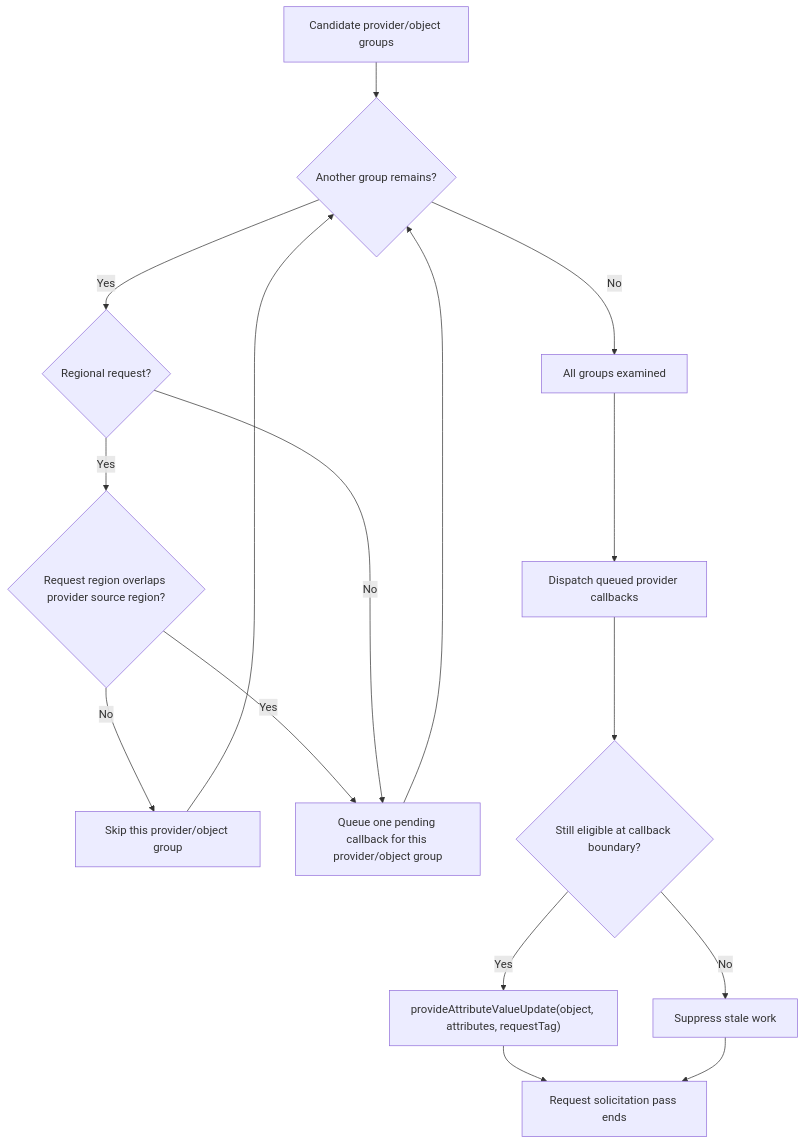
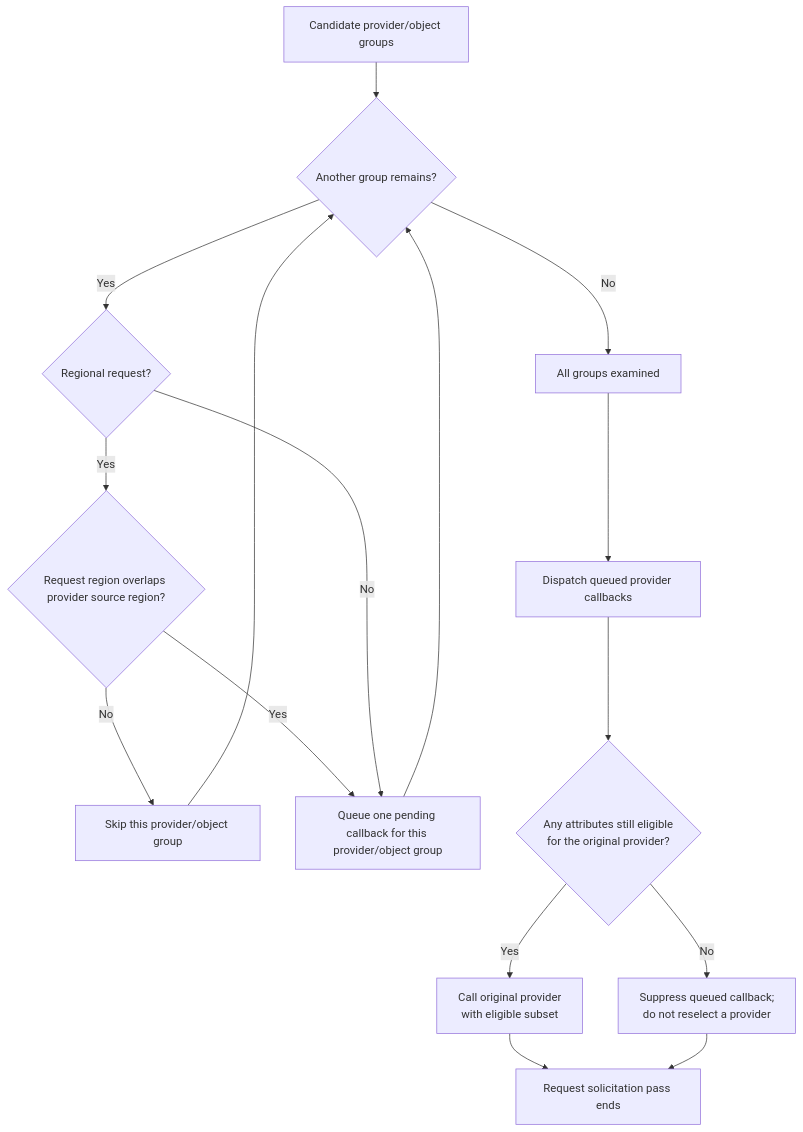
The third of 6 diagrams in docs/design/HLA-2025-ATTRIBUTE-VALUE-UPDATE-REQUEST-FLOW-GUIDE.md (sheepfling/umbra), drawn with Mermaid before and after one commit. The commit also changed other lines of this file and 822 other files, not shown here.

````diff
--- a/docs/design/HLA-2025-ATTRIBUTE-VALUE-UPDATE-REQUEST-FLOW-GUIDE.md
+++ b/docs/design/HLA-2025-ATTRIBUTE-VALUE-UPDATE-REQUEST-FLOW-GUIDE.md
@@ -41,18 +109,18 @@
 ```mermaid
 flowchart TD
   Candidates["Candidate provider/object groups"] --> Next{"Another group remains?"}
   Next -->|Yes| Regional{"Regional request?"}
   Next -->|No| Done["All groups examined"]
   Regional -->|Yes| Match{"Request region overlaps provider source region?"}
   Match -->|No| Skip["Skip this provider/object group"]
   Match -->|Yes| Queue["Queue one pending callback for this provider/object group"]
   Regional -->|No| Queue
   Skip --> Next
   Queue --> Next
   Done --> Dispatch["Dispatch queued provider callbacks"]
-  Dispatch --> Recheck{"Still eligible at callback boundary?"}
-  Recheck -->|No| Suppress["Suppress stale work"]
-  Recheck -->|Yes| Callback["provideAttributeValueUpdate(object, attributes, requestTag)"]
+  Dispatch --> Recheck{"Any attributes still eligible<br/>for the original provider?"}
+  Recheck -->|No| Suppress["Suppress queued callback;<br/>do not reselect a provider"]
+  Recheck -->|Yes| Callback["Call original provider<br/>with eligible subset"]
   Callback --> Finished["Request solicitation pass ends"]
   Suppress --> Finished
 ```
````
